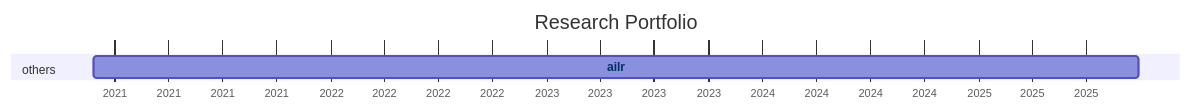
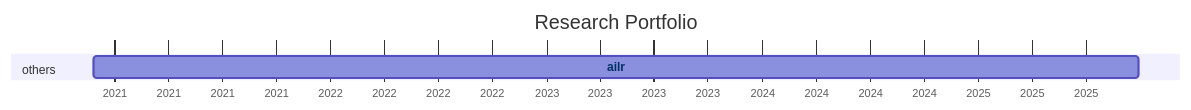
One commit to digital-work-lab/handbook changed the diagram in docs/20-research/25-projects-gantt.md. Above: the diagram before and after it, drawn with Mermaid.

Commit message:
Update repository overview

````diff
--- a/docs/20-research/25-projects-gantt.md
+++ b/docs/20-research/25-projects-gantt.md
@@ -8,21 +8,21 @@
 ```mermaid
 ---
 displayMode: compact
 ---
 gantt
 title Research Portfolio
 dateFormat YYYY-MM-DD
 axisFormat %Y
 
     section work_practices
 
     section distributed_organizing
 
     section knowledge_synthesis
 
     section others
-        ailr :ailr, 2020-11-26, 2025-09-28
+        ailr :ailr, 2020-11-26, 2025-09-29
 
 
     click ailr href "{{ site.baseurl }}/docs/10-lab/18-resources/ailr.html"
 ```
````
